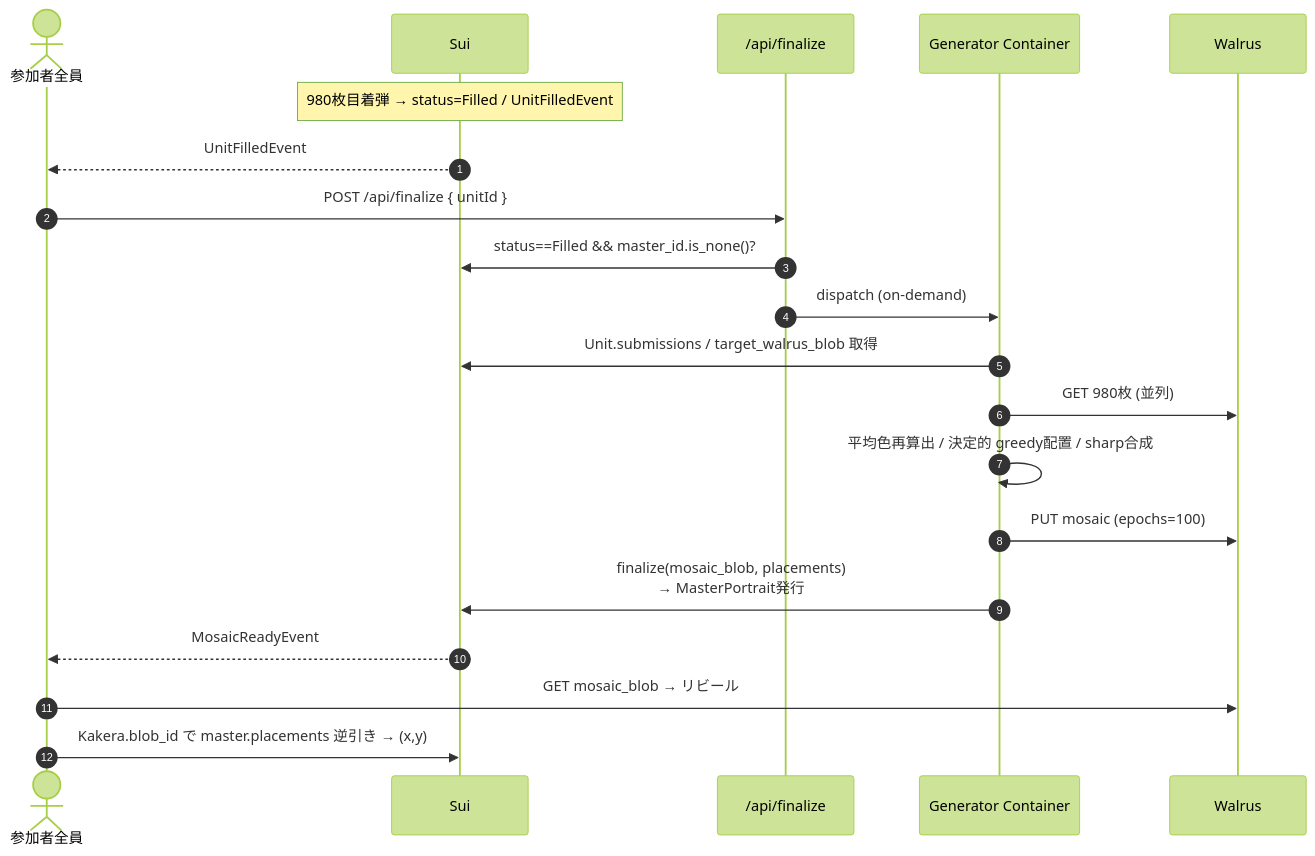
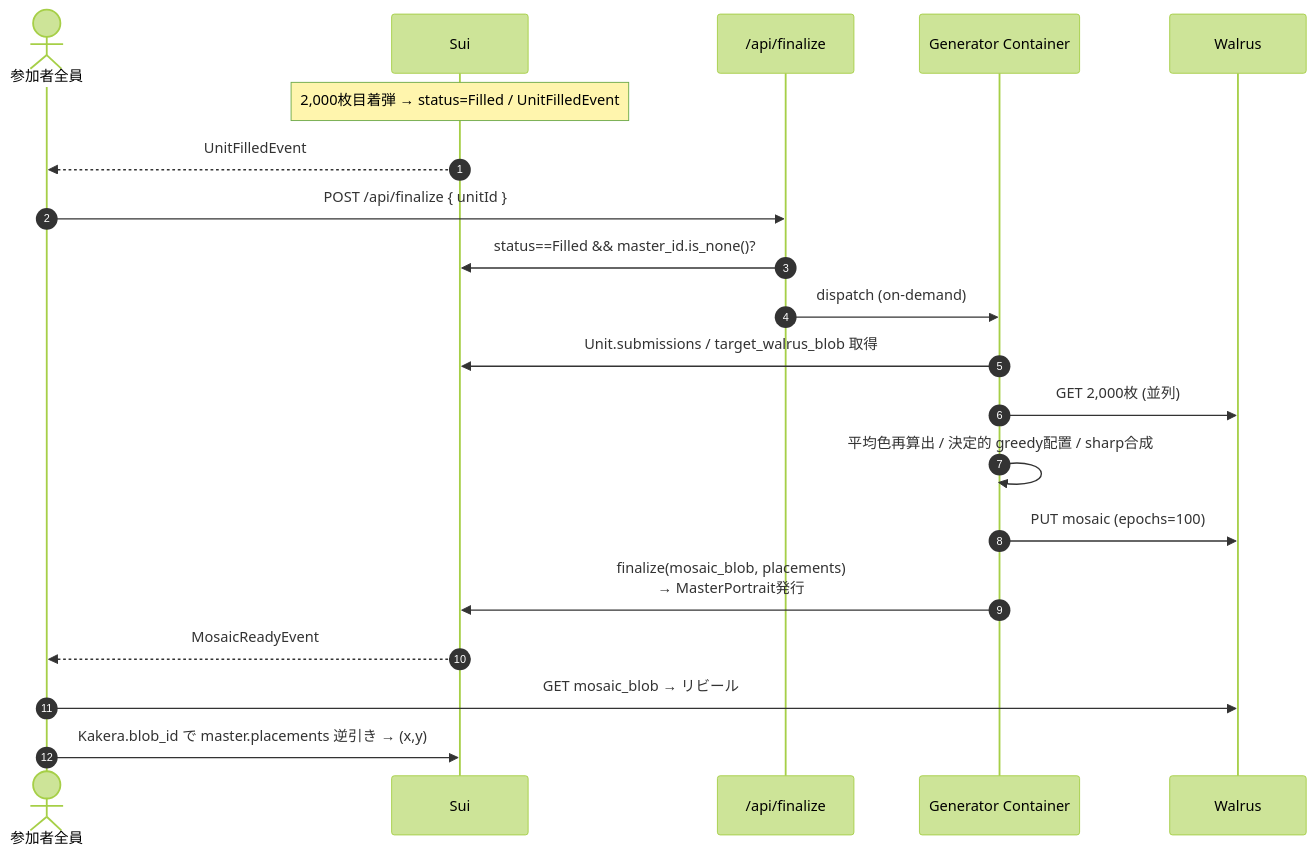
The second of 2 diagrams in docs/tech.md (UnagiLabs/one_portrait), drawn with Mermaid (forest theme) before and after one commit. The commit also changed other lines of this file and 19 other files, not shown here.

````diff
--- a/docs/tech.md
+++ b/docs/tech.md
@@ -58,23 +58,23 @@
 ```mermaid
 sequenceDiagram
     autonumber
     actor Clients as 参加者全員
     participant Sui
     participant Worker as /api/finalize
     participant Gen as Generator Container
     participant Walrus
 
-    Note over Sui: 980枚目着弾 → status=Filled / UnitFilledEvent
+    Note over Sui: 2,000枚目着弾 → status=Filled / UnitFilledEvent
     Sui-->>Clients: UnitFilledEvent
     Clients->>Worker: POST /api/finalize { unitId }
     Worker->>Sui: status==Filled && master_id.is_none()?
     Worker->>Gen: dispatch (on-demand)
     Gen->>Sui: Unit.submissions / target_walrus_blob 取得
-    Gen->>Walrus: GET 980枚 (並列)
+    Gen->>Walrus: GET 2,000枚 (並列)
     Gen->>Gen: 平均色再算出 / 決定的 greedy配置 / sharp合成
     Gen->>Walrus: PUT mosaic (epochs=100)
     Gen->>Sui: finalize(mosaic_blob, placements)<br/>→ MasterPortrait発行
     Sui-->>Clients: MosaicReadyEvent
     Clients->>Walrus: GET mosaic_blob → リビール
     Clients->>Sui: Kakera.blob_id で master.placements 逆引き → (x,y)
 ```
````
